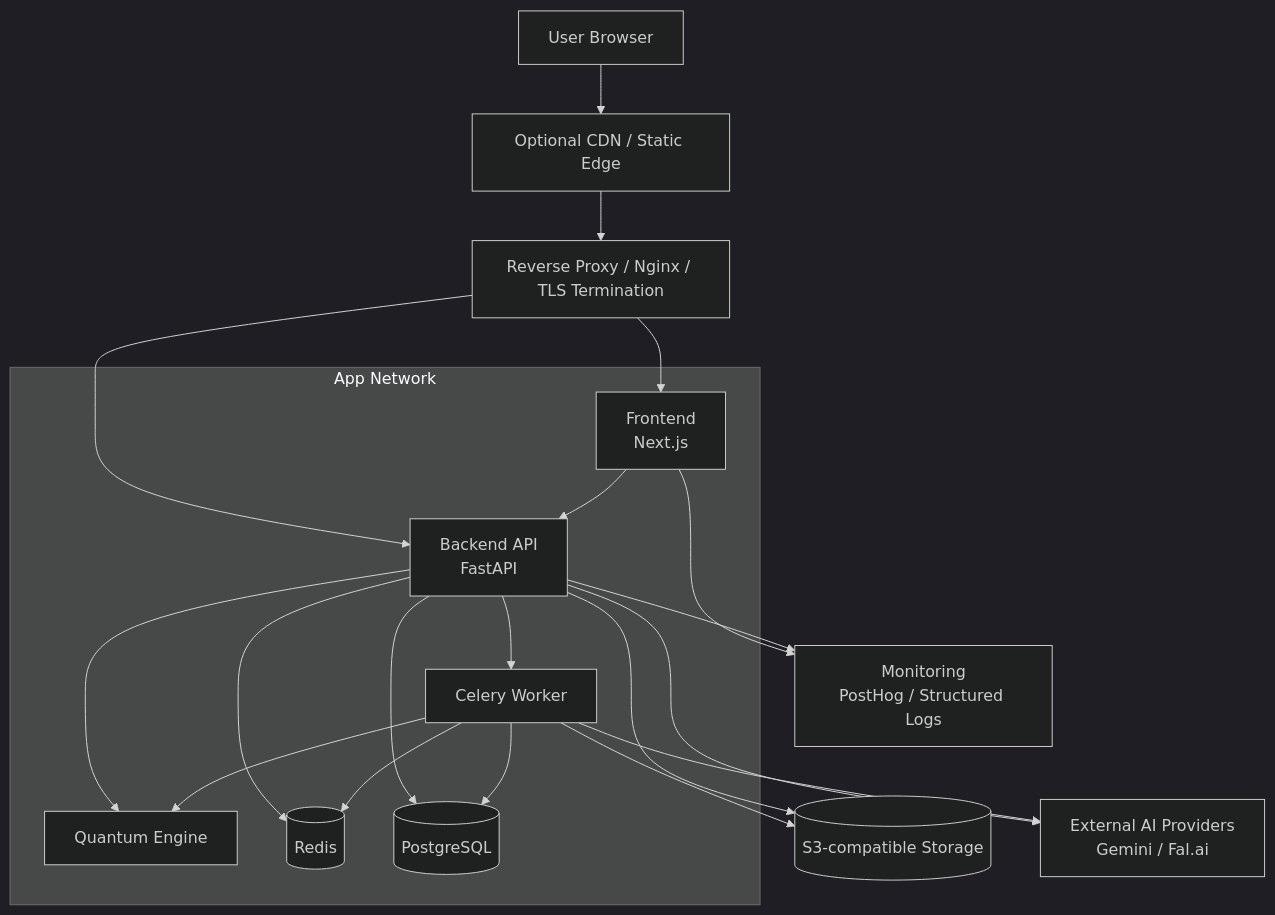
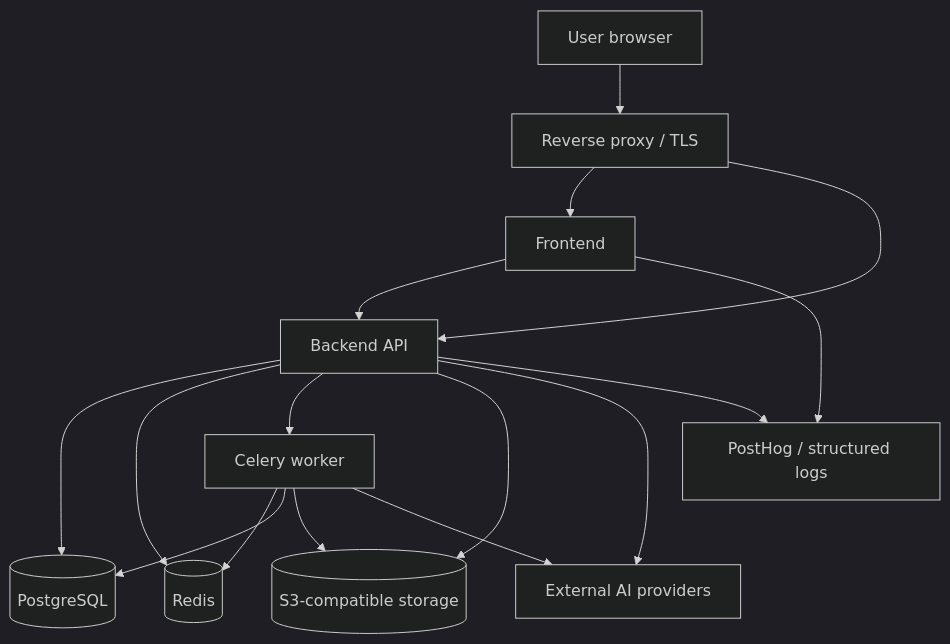
One commit to xichuan99/design-studio changed the second of 2 diagrams in docs/architecture/deployment-topology.md. Above: the diagram before and after it, drawn with Mermaid (dark theme). The commit also changed other lines of this file and 45 other files, not shown here.

````diff
--- a/docs/architecture/deployment-topology.md
+++ b/docs/architecture/deployment-topology.md
@@ -137,38 +52,29 @@
 ```mermaid
 flowchart TB
-    User[User Browser]
-    CDN[Optional CDN / Static Edge]
-    RP[Reverse Proxy / Nginx / TLS Termination]
+    User[User browser]
+    RP[Reverse proxy / TLS]
+    FE[Frontend]
+    BE[Backend API]
+    CE[Celery worker]
+    PG[(PostgreSQL)]
+    RD[(Redis)]
+    S3[(S3-compatible storage)]
+    AI[External AI providers]
+    Obs[PostHog / structured logs]
 
-    subgraph App Network
-        FE[Frontend\nNext.js]
-        BE[Backend API\nFastAPI]
-        CE[Celery Worker]
-        QE[Quantum Engine]
-        RD[(Redis)]
-        PG[(PostgreSQL)]
-    end
-
-    S3[(S3-compatible Storage)]
-    AI[External AI Providers\nGemini / Fal.ai]
-   Mon[Monitoring\nPostHog / Structured Logs]
-
-    User --> CDN
-    CDN --> RP
+    User --> RP
     RP --> FE
     RP --> BE
     FE --> BE
-    BE --> CE
     BE --> PG
     BE --> RD
+    BE --> CE
     CE --> RD
     CE --> PG
-    BE --> QE
-    CE --> QE
     BE --> S3
     CE --> S3
     BE --> AI
     CE --> AI
-    FE --> Mon
-    BE --> Mon
+    FE --> Obs
+    BE --> Obs
 ```
````
